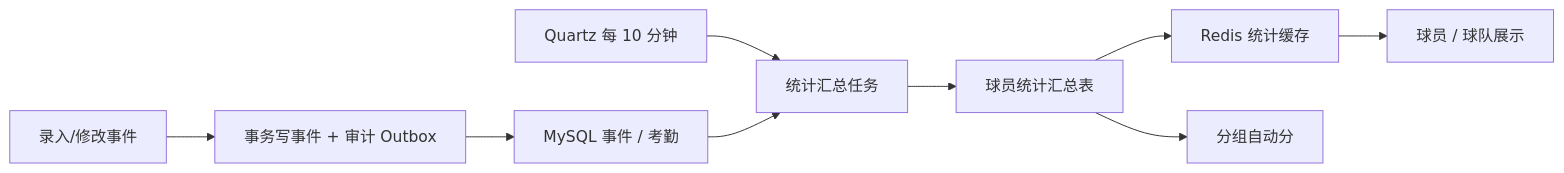
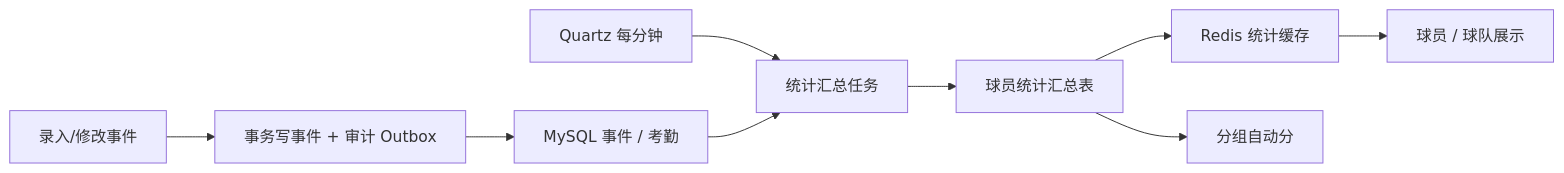
Before and after one commit to zhouyacheng/yunhefc: the seventh of 7 diagrams in docs/design/03.整体架构设计.md, drawn with Mermaid. The commit also changed other lines of this file and 31 other files, not shown here.

````diff
--- a/docs/design/03.整体架构设计.md
+++ b/docs/design/03.整体架构设计.md
@@ -372,11 +372,11 @@
 ```mermaid
 flowchart LR
   E["录入/修改事件"] --> W["事务写事件 + 审计 Outbox"]
   W --> D["MySQL 事件 / 考勤"]
-  Q["Quartz 每 10 分钟"] --> S["统计汇总任务"]
+  Q["Quartz 每分钟"] --> S["统计汇总任务"]
   D --> S
   S --> T["球员统计汇总表"]
   T --> C["Redis 统计缓存"]
   C --> P["球员 / 球队展示"]
   T --> G["分组自动分"]
 ```
````
